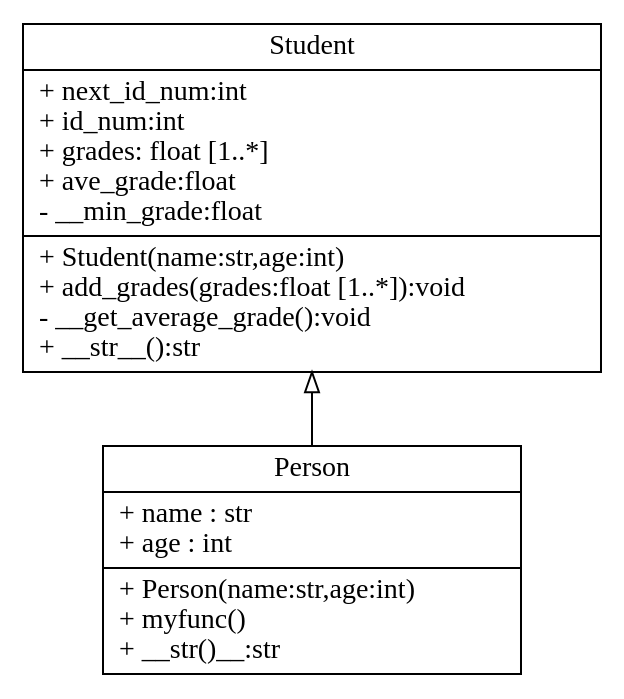
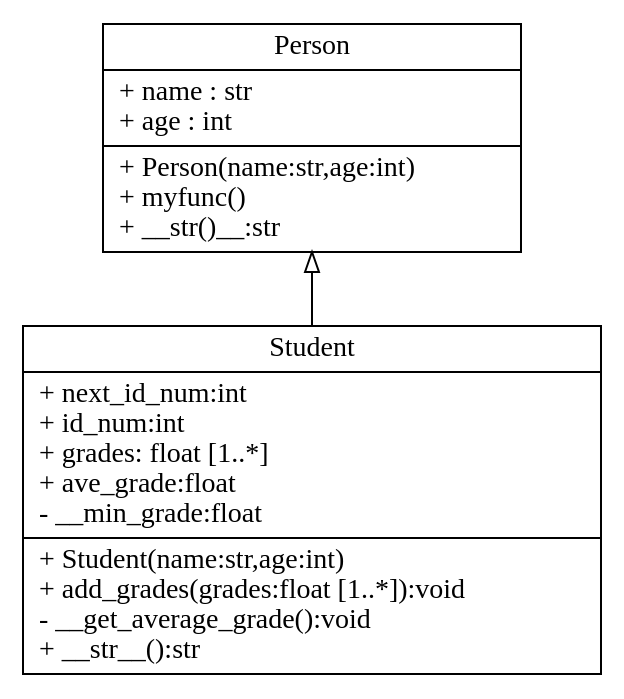
Before and after one commit to thermalogic/SEES: the diagram in notebook/img/oop/student.dot, drawn with Graphviz. The commit also changed 10 other files, not shown here.

Commit message:
update fig

```diff
--- a/notebook/img/oop/student.dot
+++ b/notebook/img/oop/student.dot
@@ -1,27 +1,27 @@
 digraph "classes" {
 rankdir=BT
 charset="utf-8"
 "Person" [color="black", fontcolor="black", 
      label="{Person| 
      + name : str\l 
      + age : int\l|
      + Person(name:str,age:int)\l
      + myfunc()\l
      + __str()__:str\l}",
      shape="record", style="solid"];
 
 "Student" [color="black", fontcolor="black",
           label="{Student| 
                + next_id_num:int\l 
                + id_num:int\l
                + grades: float [1..*]\l
                + ave_grade:float\l  
                - __min_grade:float \l|
                + Student(name:str,age:int)\l
                + add_grades(grades:float [1..*]):void\l
                - __get_average_grade():void\l
                + __str__():str\l}",
                shape="record", style="solid"];
-"Person" -> "Student" [arrowhead="empty", arrowtail="none"];
+"Student"->"Person"  [arrowhead="empty", arrowtail="none"];
 
 }
```
